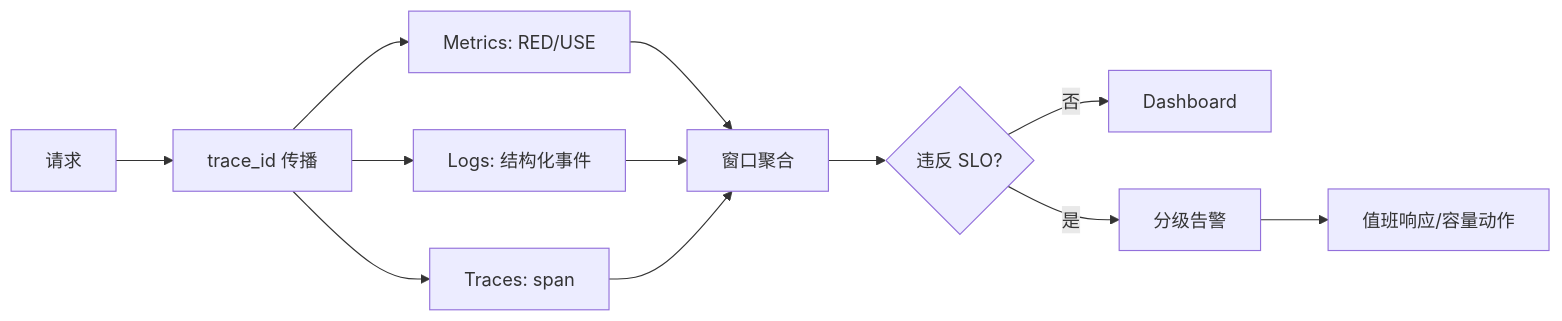
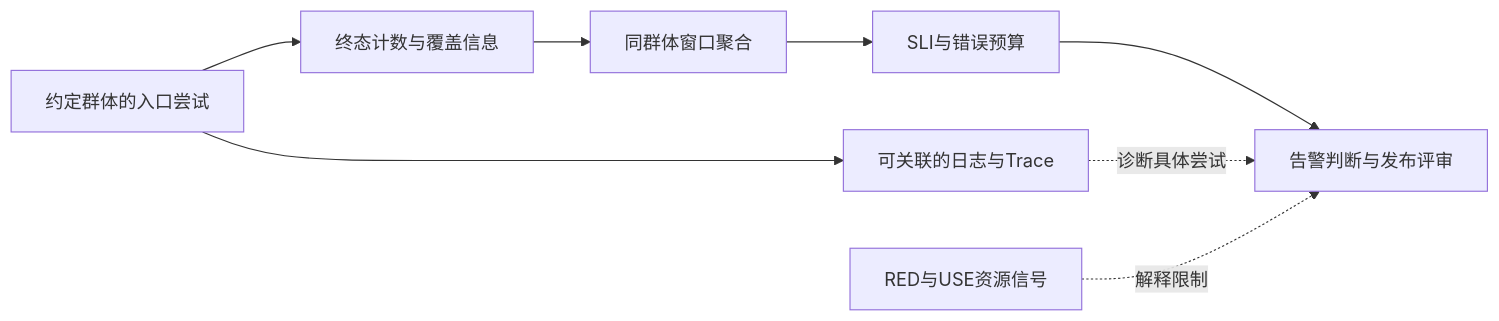
Before and after one commit to fantuan812/learning: the diagram in 知识/08-工程实践与质量/部署运维与可观测性/06-SLI-SLO与可观测性.md, drawn with Mermaid. The commit also changed other lines of this file and 2 other files, not shown here.

````diff
--- a/知识/08-工程实践与质量/部署运维与可观测性/06-SLI-SLO与可观测性.md
+++ b/知识/08-工程实践与质量/部署运维与可观测性/06-SLI-SLO与可观测性.md
@@ -328,14 +51,10 @@
 ```mermaid
 flowchart LR
-    R[请求] --> T[trace_id 传播]
-    T --> M[Metrics: RED/USE]
-    T --> L[Logs: 结构化事件]
-    T --> P[Traces: span]
-    M --> E[窗口聚合]
-    L --> E
-    P --> E
-    E --> S{违反 SLO?}
-    S -- 否 --> D[Dashboard]
-    S -- 是 --> A[分级告警]
-    A --> O[值班响应/容量动作]
+    R[约定群体的入口尝试] --> C[终态计数与覆盖信息]
+    C --> W[同群体窗口聚合]
+    W --> S[SLI与错误预算]
+    S --> A[告警判断与发布评审]
+    R --> T[可关联的日志与Trace]
+    T -.诊断具体尝试.-> A
+    U[RED与USE资源信号] -.解释限制.-> A
 ```
````
